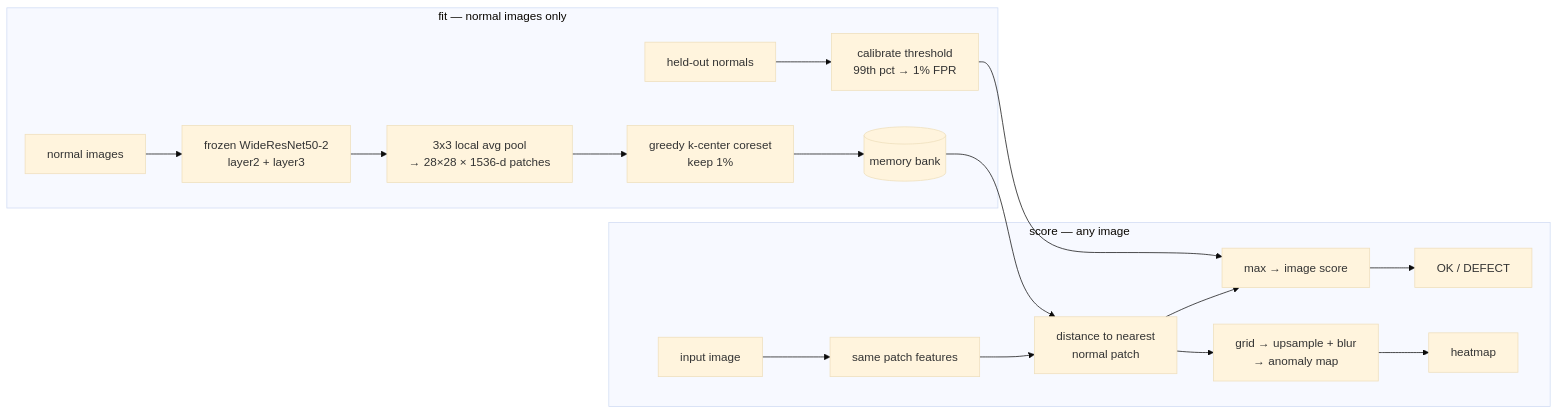
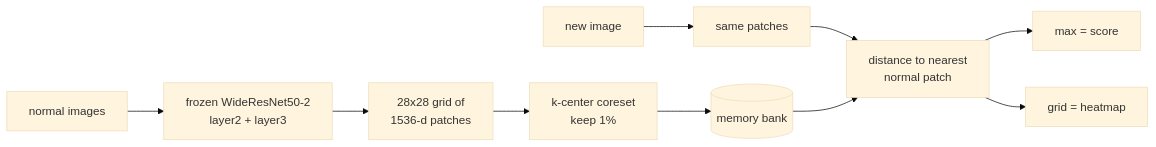
Before and after one commit to aghasalim/explainable-defect-detector: the diagram in README.md, drawn with Mermaid (base theme). The commit also changed other lines of this file, not shown here.

````diff
--- a/README.md
+++ b/README.md
@@ -35,20 +28,12 @@
 ```mermaid
 flowchart LR
-    subgraph FIT["fit — normal images only"]
-        A[normal images] --> B[frozen WideResNet50-2<br/>layer2 + layer3]
-        B --> C[3x3 local avg pool<br/>→ 28×28 × 1536-d patches]
-        C --> D[greedy k-center coreset<br/>keep 1%]
-        D --> E[(memory bank)]
-        A2[held-out normals] --> F[calibrate threshold<br/>99th pct → 1% FPR]
-    end
-    subgraph SCORE["score — any image"]
-        G[input image] --> H[same patch features]
-        H --> I[distance to nearest<br/>normal patch]
-        E --> I
-        I --> J[max → image score]
-        I --> K[grid → upsample + blur<br/>→ anomaly map]
-        F --> J
-        J --> L[OK / DEFECT]
-        K --> M[heatmap]
-    end
+    A[normal images] --> B[frozen WideResNet50-2<br/>layer2 + layer3]
+    B --> C[28x28 grid of<br/>1536-d patches]
+    C --> D[k-center coreset<br/>keep 1%]
+    D --> E[(memory bank)]
+    F[new image] --> G[same patches]
+    G --> H[distance to nearest<br/>normal patch]
+    E --> H
+    H --> I[max = score]
+    H --> J[grid = heatmap]
 ```
````
